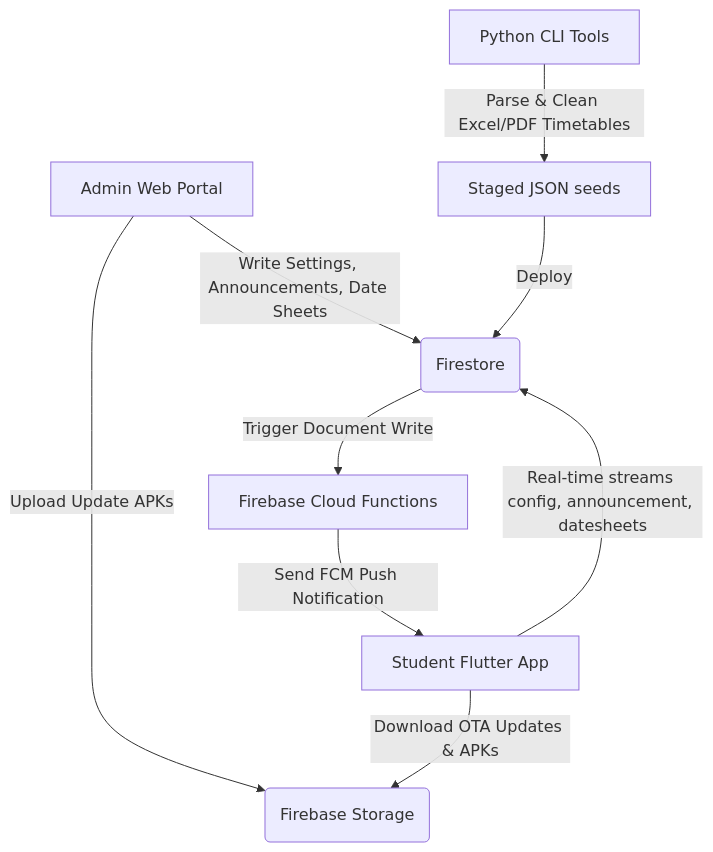
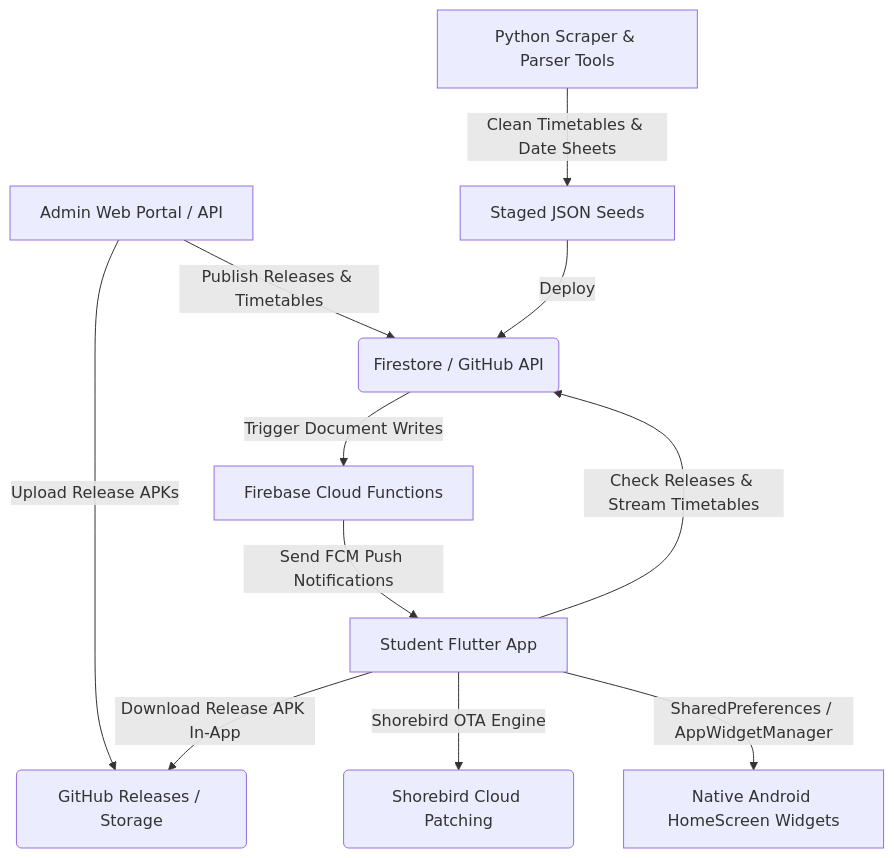
Before and after one commit to malikaurangzaibahmed-lab/iris-enhanced: the diagram in SYSTEM_GUIDE.md, drawn with Mermaid. The commit also changed other lines of this file and 1 other file, not shown here.

````diff
--- a/SYSTEM_GUIDE.md
+++ b/SYSTEM_GUIDE.md
@@ -11,11 +11,13 @@
 ```mermaid
 graph TD
-    A[Admin Web Portal] -->|Write Settings, Announcements, Date Sheets| B(Firestore)
-    A -->|Upload Update APKs| C(Firebase Storage)
-    D[Python CLI Tools] -->|Parse & Clean Excel/PDF Timetables| E[Staged JSON seeds]
+    A[Admin Web Portal / API] -->|Publish Releases & Timetables| B(Firestore / GitHub API)
+    A -->|Upload Release APKs| C(GitHub Releases / Storage)
+    D[Python Scraper & Parser Tools] -->|Clean Timetables & Date Sheets| E[Staged JSON Seeds]
     E -->|Deploy| B
-    F[Student Flutter App] -->|Real-time streams config, announcement, datesheets| B
-    F -->|Download OTA Updates & APKs| C
-    B -->|Trigger Document Write| G[Firebase Cloud Functions]
-    G -->|Send FCM Push Notification| F
+    F[Student Flutter App] -->|Check Releases & Stream Timetables| B
+    F -->|Download Release APK In-App| C
+    F -->|Shorebird OTA Engine| H(Shorebird Cloud Patching)
+    B -->|Trigger Document Writes| G[Firebase Cloud Functions]
+    G -->|Send FCM Push Notifications| F
+    F -->|SharedPreferences / AppWidgetManager| I[Native Android HomeScreen Widgets]
 ```
````
